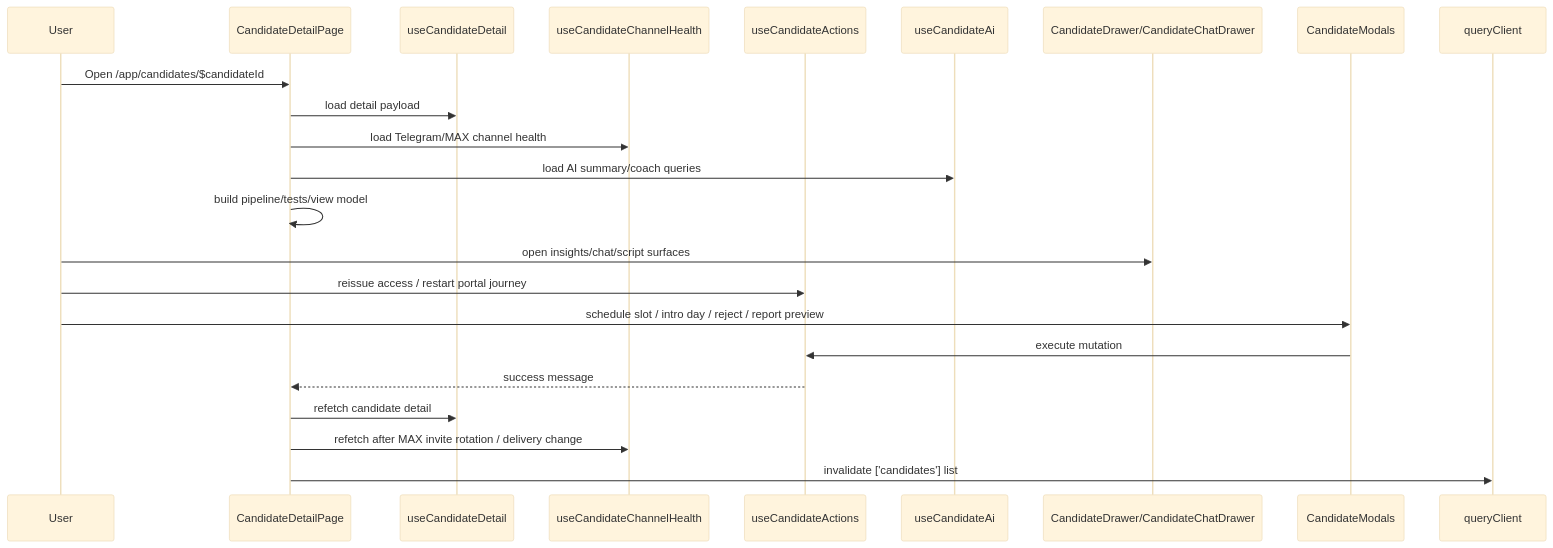
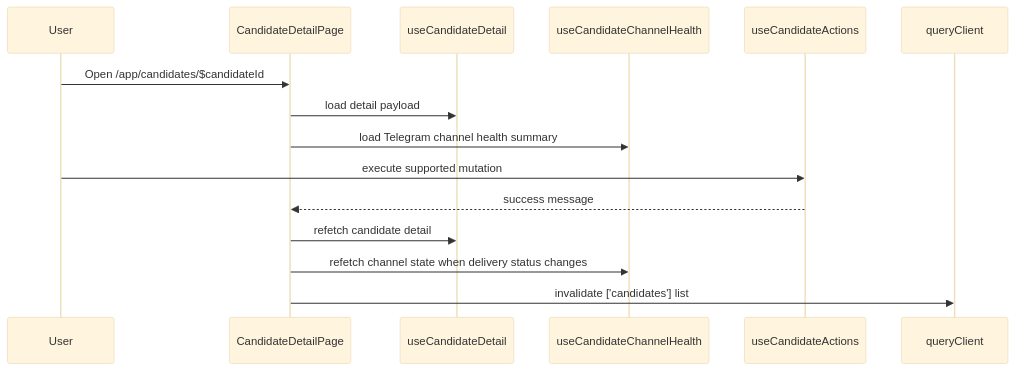
The second of 5 diagrams in docs/frontend/state-flows.md (padka/HR), drawn with Mermaid (base theme) before and after one commit. The commit also changed other lines of this file and 68 other files, not shown here.

Commit message:
chore(runtime): prune legacy candidate surfaces

````diff
--- a/docs/frontend/state-flows.md
+++ b/docs/frontend/state-flows.md
@@ -67,26 +67,18 @@
 ```mermaid
 sequenceDiagram
   participant User
   participant Page as CandidateDetailPage
   participant DetailQ as useCandidateDetail
   participant ChannelQ as useCandidateChannelHealth
   participant Actions as useCandidateActions
-  participant AI as useCandidateAi
-  participant Drawer as CandidateDrawer/CandidateChatDrawer
-  participant Modal as CandidateModals
   participant Query as queryClient
 
   User->>Page: Open /app/candidates/$candidateId
   Page->>DetailQ: load detail payload
-  Page->>ChannelQ: load Telegram/MAX channel health
-  Page->>AI: load AI summary/coach queries
-  Page->>Page: build pipeline/tests/view model
-  User->>Drawer: open insights/chat/script surfaces
-  User->>Actions: reissue access / restart portal journey
-  User->>Modal: schedule slot / intro day / reject / report preview
-  Modal->>Actions: execute mutation
+  Page->>ChannelQ: load Telegram channel health summary
+  User->>Actions: execute supported mutation
   Actions-->>Page: success message
   Page->>DetailQ: refetch candidate detail
-  Page->>ChannelQ: refetch after MAX invite rotation / delivery change
+  Page->>ChannelQ: refetch channel state when delivery status changes
   Page->>Query: invalidate ['candidates'] list
 ```
````
